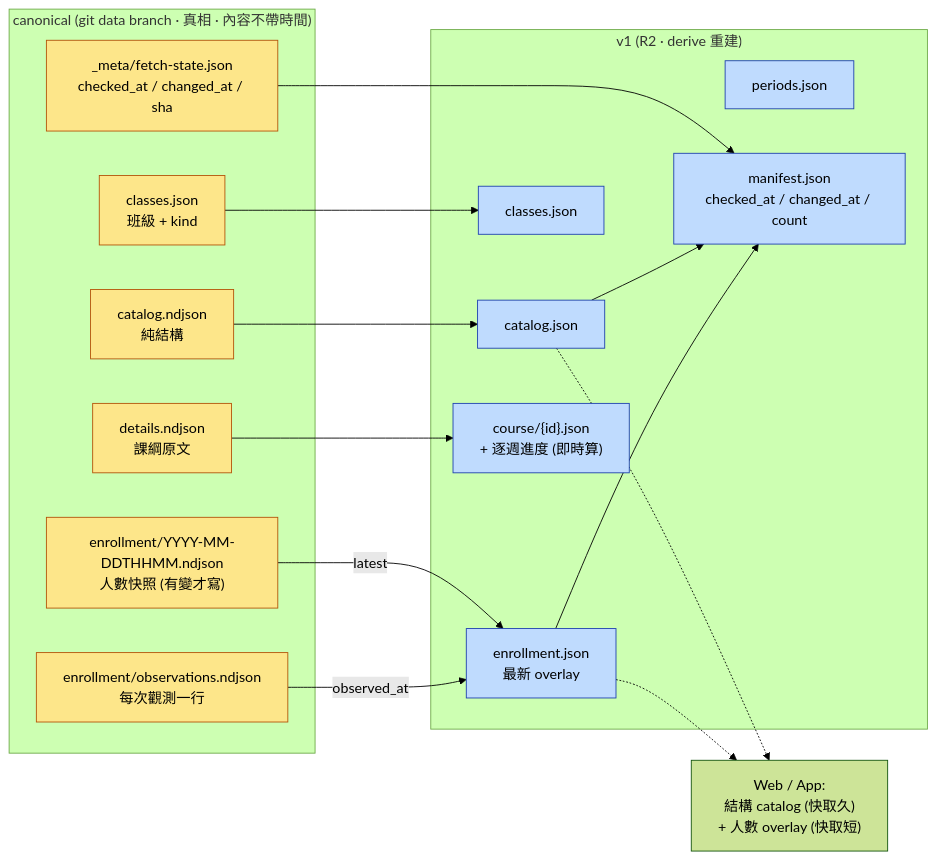
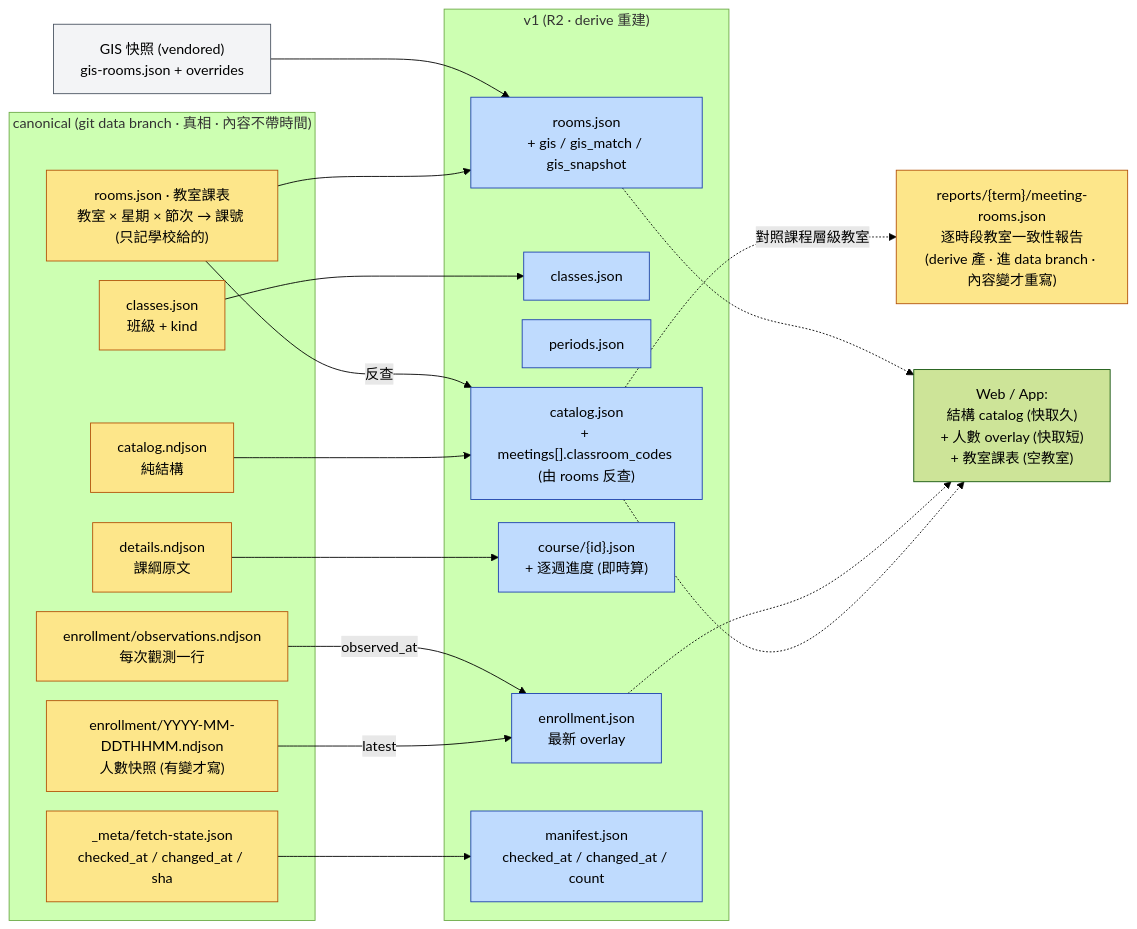
The diagram in docs/diagrams/03-datamodel.mmd (poterpan/ntutbox-course), drawn with Mermaid (forest theme) before and after one commit. The commit also changed 26 other files, not shown here.

First line of the commit message:
docs: 架構圖補上 rooms／逐時段教室，並修正圖在 GitHub 上的顯示大小 (#122)

```diff
--- a/docs/diagrams/03-datamodel.mmd
+++ b/docs/diagrams/03-datamodel.mmd
@@ -1,36 +1,54 @@
+---
+config:
+  flowchart:
+    useMaxWidth: false
+    nodeSpacing: 22
+    rankSpacing: 60
+---
 flowchart LR
     subgraph C["canonical (git data branch · 真相 · 內容不帶時間)"]
         cat["catalog.ndjson<br/>純結構"]
         cls["classes.json<br/>班級 + kind"]
         snap["enrollment/YYYY-MM-DDTHHMM.ndjson<br/>人數快照 (有變才寫)"]
         obs["enrollment/observations.ndjson<br/>每次觀測一行"]
         det["details.ndjson<br/>課綱原文"]
+        rooms["rooms.json · 教室課表<br/>教室 × 星期 × 節次 → 課號 (只記學校給的)"]
         fs["_meta/fetch-state.json<br/>checked_at / changed_at / sha"]
     end
 
+    gis["GIS 快照 (vendored)<br/>gis-rooms.json + overrides"]
+
     subgraph V["v1 (R2 · derive 重建)"]
-        vcat["catalog.json"]
+        vcat["catalog.json<br/>+ meetings[].classroom_codes (由 rooms 反查)"]
         vcls["classes.json"]
         vper["periods.json"]
         venr["enrollment.json<br/>最新 overlay"]
         vcourse["course/{id}.json<br/>+ 逐週進度 (即時算)"]
+        vrooms["rooms.json<br/>+ gis / gis_match / gis_snapshot"]
         man["manifest.json<br/>checked_at / changed_at / count"]
     end
 
-    web["Web / App:<br/>結構 catalog (快取久)<br/>+ 人數 overlay (快取短)"]
+    rep["reports/{term}/meeting-rooms.json<br/>逐時段教室一致性報告<br/>(derive 產 · 進 data branch · 內容變才重寫)"]
+
+    web["Web / App:<br/>結構 catalog (快取久)<br/>+ 人數 overlay (快取短)<br/>+ 教室課表 (空教室)"]
 
     cat --> vcat
+    rooms -->|反查| vcat
     cls --> vcls
     snap -->|latest| venr
     obs -->|observed_at| venr
     det --> vcourse
+    rooms --> vrooms
+    gis --> vrooms
     fs --> man
-    vcat --> man
-    venr --> man
+    vcat -.->|對照課程層級教室| rep
     vcat -.-> web
     venr -.-> web
+    vrooms -.-> web
 
     classDef canon fill:#fde68a,stroke:#b45309,color:#000
     classDef v1c fill:#bfdbfe,stroke:#1e40af,color:#000
-    class cat,cls,snap,obs,det,fs canon
-    class vcat,vcls,vper,venr,vcourse,man v1c
+    classDef muted fill:#f3f4f6,stroke:#4b5563,color:#000
+    class cat,cls,snap,obs,det,fs,rooms,rep canon
+    class vcat,vcls,vper,venr,vcourse,man,vrooms v1c
+    class gis muted
```
